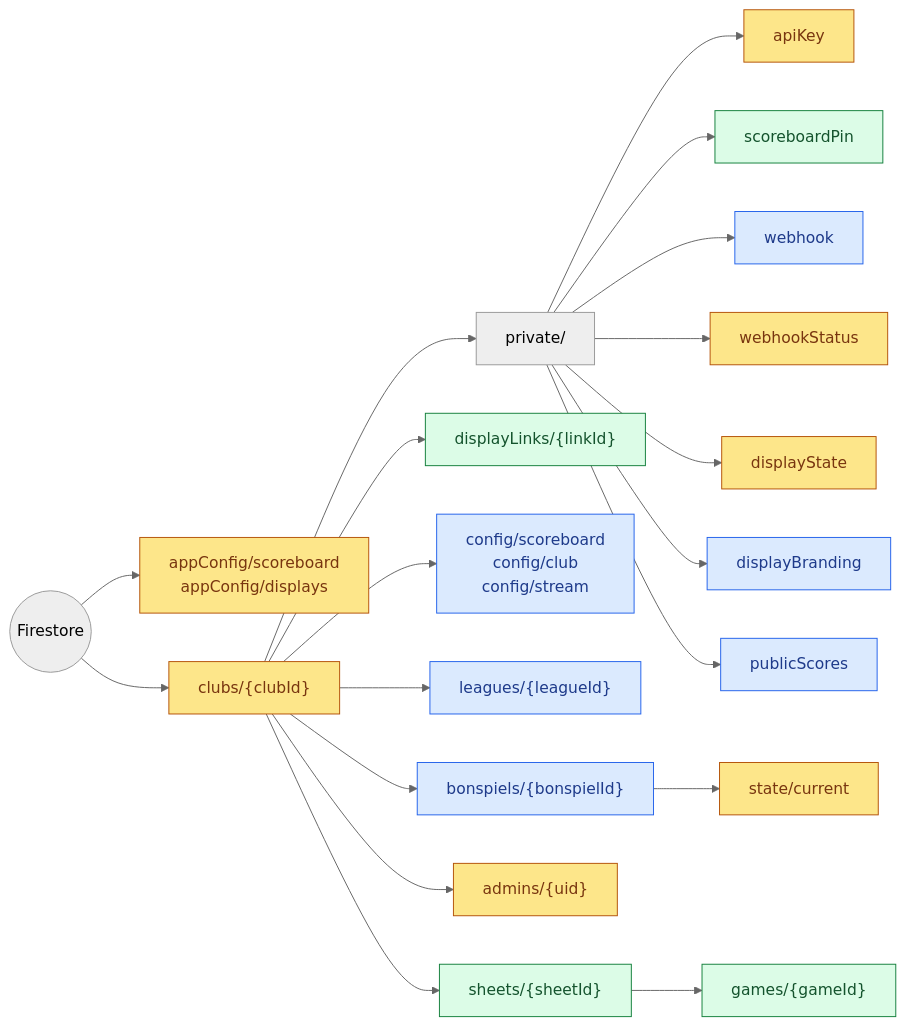
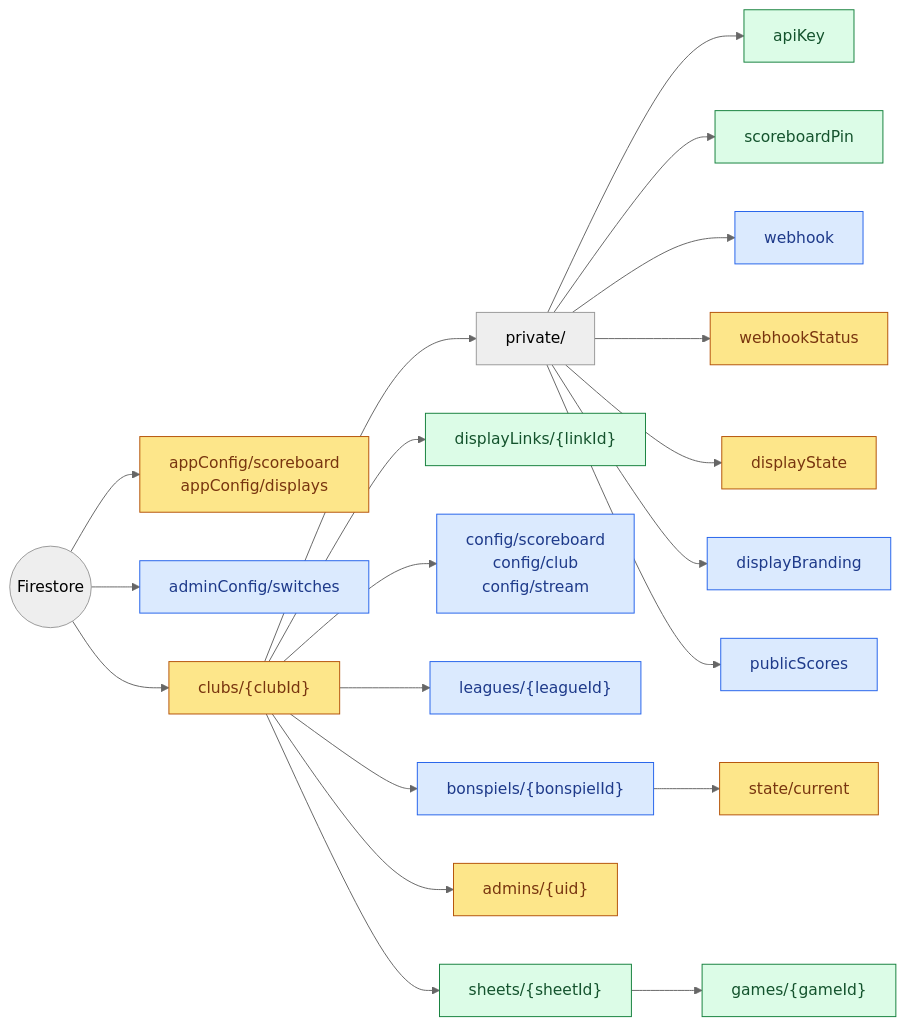
The diagram in docs/architecture/data-model.md (CloudgateStudios/curling_scoreboard), drawn with Mermaid (neutral theme) before and after one commit. The commit also changed other lines of this file and 24 other files, not shown here.

````diff
--- a/docs/architecture/data-model.md
+++ b/docs/architecture/data-model.md
@@ -12,31 +12,32 @@
 ```mermaid
 flowchart LR
   FS(("Firestore"))
   FS --> APP_CONFIG["appConfig/scoreboard<br/>appConfig/displays"]
+  FS --> SWITCHES["adminConfig/switches"]
   FS --> CLUB["clubs/{clubId}"]
 
   CLUB --> PRIV["private/"]
   PRIV --> KEY["apiKey"]
   PRIV --> PIN["scoreboardPin"]
   PRIV --> WH["webhook"]
   PRIV --> WHS["webhookStatus"]
   PRIV --> DS["displayState"]
   PRIV --> BR["displayBranding"]
   PRIV --> PUB["publicScores"]
 
   CLUB --> LINKS["displayLinks/{linkId}"]
   CLUB --> CFG["config/scoreboard<br/>config/club<br/>config/stream"]
   CLUB --> LEAGUES["leagues/{leagueId}"]
   CLUB --> BON["bonspiels/{bonspielId}"]
   BON --> BST["state/current"]
   CLUB --> ADM["admins/{uid}"]
   CLUB --> SH["sheets/{sheetId}"]
   SH --> GAMES["games/{gameId}"]
 
   classDef client fill:#dbeafe,stroke:#2563eb,color:#1e3a8a
   classDef fn fill:#fde68a,stroke:#b45309,color:#78350f
   classDef both fill:#dcfce7,stroke:#15803d,color:#14532d
-  class WH,BR,PUB,CFG,LEAGUES,BON client
-  class APP_CONFIG,CLUB,KEY,WHS,DS,BST,ADM fn
-  class PIN,LINKS,SH,GAMES both
+  class WH,BR,PUB,CFG,LEAGUES,BON,SWITCHES client
+  class APP_CONFIG,CLUB,WHS,DS,BST,ADM fn
+  class KEY,PIN,LINKS,SH,GAMES both
 ```
````
